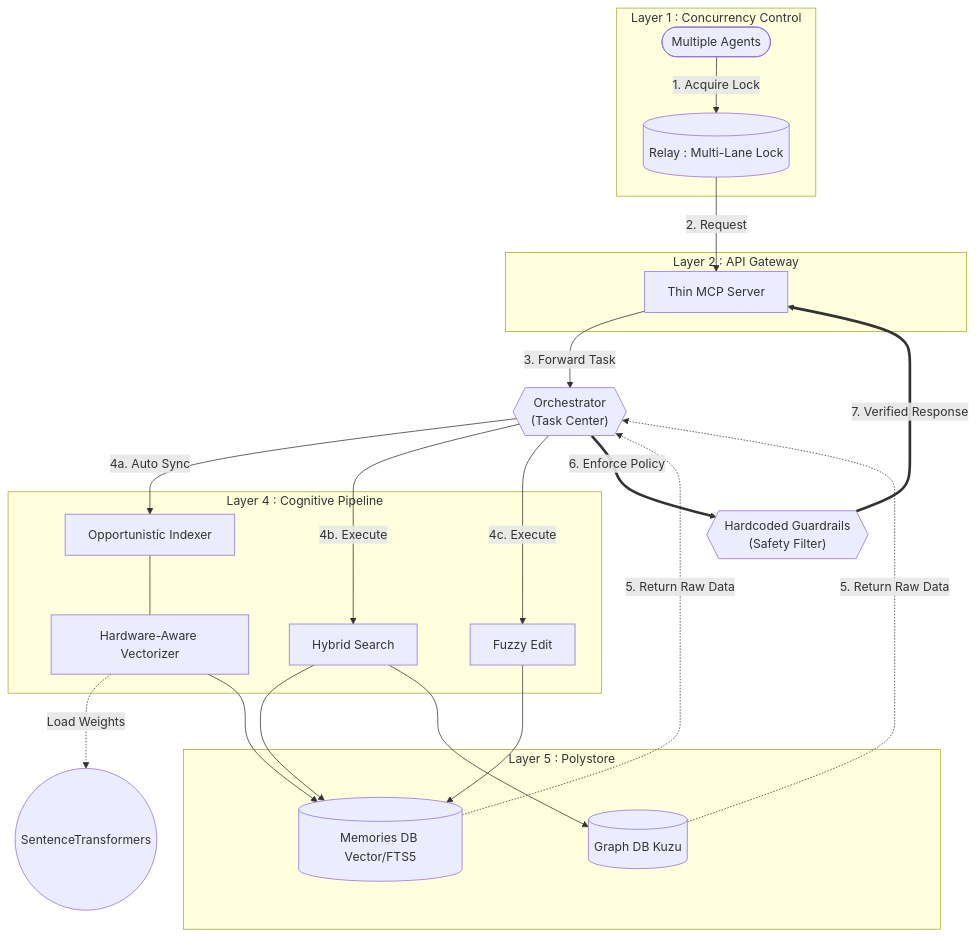
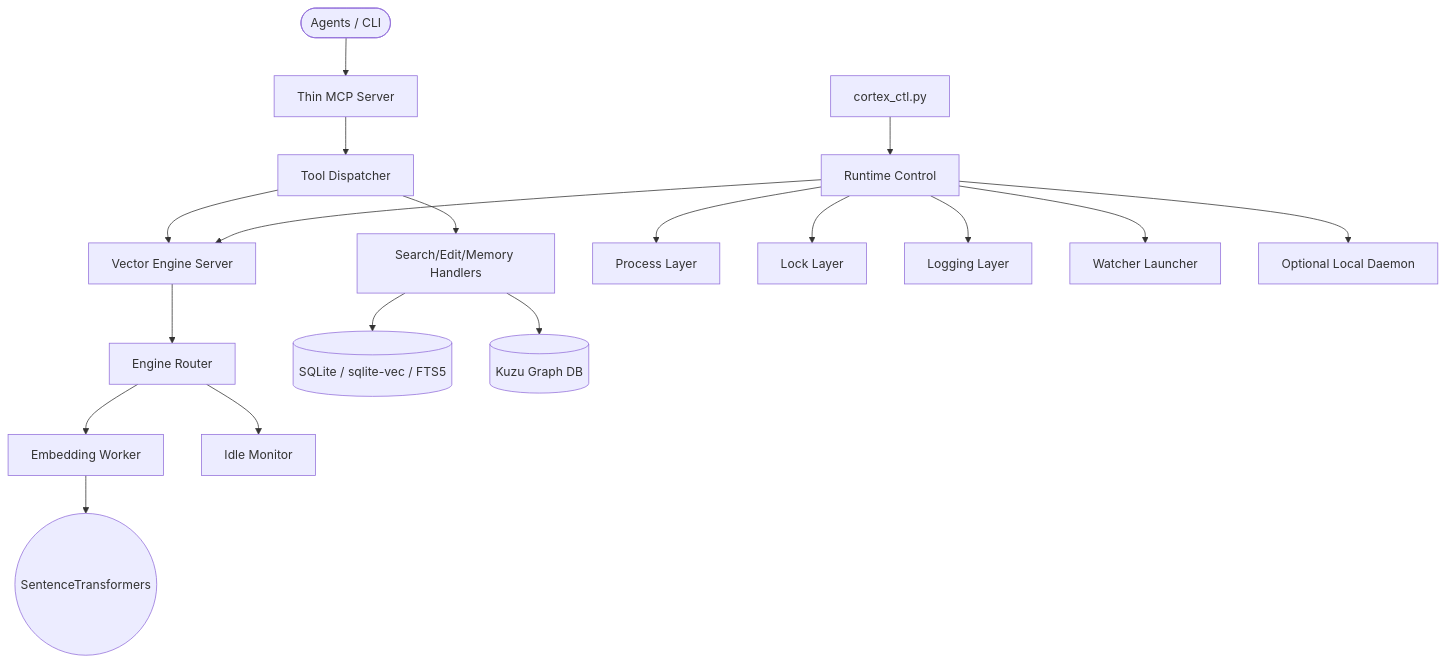
The diagram in README.en.md (sff14123/cortex-agent), drawn with Mermaid before and after one commit. The commit also changed other lines of this file, not shown here.

Commit message:
docs(cortex): align English README with runtime modularization

````diff
--- a/README.en.md
+++ b/README.en.md
@@ -17,60 +17,20 @@
 ```mermaid
 graph TD
-    %% Layer 1: Concurrency Control
-    subgraph Layer1 [Layer 1 : Concurrency Control]
-        Agent([Multiple Agents])
-        Relay[(Relay : Multi-Lane Lock)]
-    end
-    Agent -->|1. Acquire Lock| Relay
-    
-    %% Layer 2: API Gateway
-    subgraph Layer2 [Layer 2 : API Gateway]
-        MCP[Thin MCP Server]
-    end
-    Relay -->|2. Request| MCP
-    
-    %% Layer 3: Central Orchestration
-    Orchestrator{{"Orchestrator<br>(Task Center)"}}
-    MCP -->|3. Forward Task| Orchestrator
-    
-    %% Layer 4: Cognitive Pipeline
-    subgraph Layer4 [Layer 4 : Cognitive Pipeline]
-        Indexer[Opportunistic Indexer]
-        Vectorizer[Hardware-Aware Vectorizer]
-        Search[Hybrid Search]
-        Edit[Fuzzy Edit]
-    end
-    
-    %% Orchestrator sends commands down
-    Orchestrator -->|4a. Auto Sync| Indexer
-    Indexer --- Vectorizer
-    Orchestrator -->|4b. Execute| Search
-    Orchestrator -->|4c. Execute| Edit
-    
-    %% External AI Model
-    V_Model((SentenceTransformers))
-    Vectorizer -.->|Load Weights| V_Model
-    
-    %% Layer 5: Persistence
-    subgraph Layer5 [Layer 5 : Polystore]
-        DB[(Memories DB Vector/FTS5)]
-        GDB[(Graph DB Kuzu)]
-    end
-    
-    %% Writing data
-    Vectorizer --> DB
-    Search --> DB
-    Search --> GDB
-    Edit --> DB
-    
-    %% ==========================================
-    %% Return Pipeline: Raw Data -> Guardrails -> MCP
-    %% ==========================================
-    DB & GDB -.->|5. Return Raw Data| Orchestrator
-    
-    Rules{{"Hardcoded Guardrails<br>(Safety Filter)"}}
-    
-    Orchestrator ==>|6. Enforce Policy| Rules
-    
-    Rules ==>|7. Verified Response| MCP
+    Agent([Agents / CLI]) --> MCP[Thin MCP Server]
+    MCP --> Dispatcher[Tool Dispatcher]
+    Dispatcher --> Search[Search/Edit/Memory Handlers]
+    Dispatcher --> Engine[Vector Engine Server]
+    Engine --> Router[Engine Router]
+    Router --> Worker[Embedding Worker]
+    Router --> Idle[Idle Monitor]
+    CTL[cortex_ctl.py] --> Control[Runtime Control]
+    Control --> Process[Process Layer]
+    Control --> Lock[Lock Layer]
+    Control --> Logs[Logging Layer]
+    Control --> Engine
+    Control --> Watcher[Watcher Launcher]
+    Control --> LocalDaemon[Optional Local Daemon]
+    Search --> DB[(SQLite / sqlite-vec / FTS5)]
+    Search --> GDB[(Kuzu Graph DB)]
+    Worker --> Model((SentenceTransformers))
 ```
````
